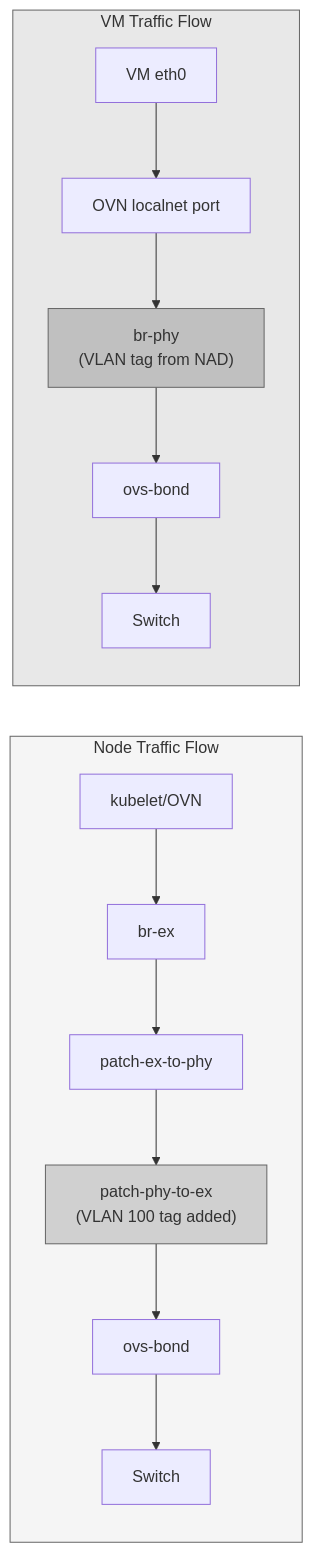
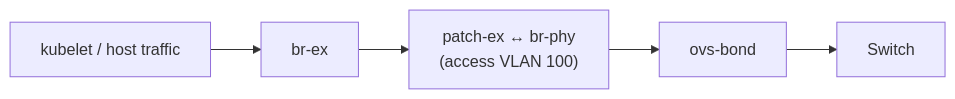
One commit to linuxelitebr/openshift-balance-slb changed the second of 8 diagrams in hcp-balance-slb/OPENSHIFT-VIRTUALIZATION-VMNET-BALANCE-SLB.md. Above: the diagram before and after it, drawn with Mermaid. The commit also changed other lines of this file, not shown here.

````diff
--- a/hcp-balance-slb/OPENSHIFT-VIRTUALIZATION-VMNET-BALANCE-SLB.md
+++ b/hcp-balance-slb/OPENSHIFT-VIRTUALIZATION-VMNET-BALANCE-SLB.md
@@ -103,19 +126,10 @@
 ```mermaid
 flowchart LR
-    subgraph NodeTraffic["Node Traffic Flow"]
-        N1["kubelet/OVN"] --> N2["br-ex"] --> N3["patch-ex-to-phy"]
-        N3 --> N4["patch-phy-to-ex<br/>(VLAN 100 tag added)"]
-        N4 --> N5["ovs-bond"] --> N6["Switch"]
-    end
-    
-    subgraph VMTraffic["VM Traffic Flow"]
-        V1["VM eth0"] --> V2["OVN localnet port"]
-        V2 --> V3["br-phy<br/>(VLAN tag from NAD)"]
-        V3 --> V4["ovs-bond"] --> V5["Switch"]
-    end
-    
-    style NodeTraffic fill:#f5f5f5,stroke:#666
-    style VMTraffic fill:#e8e8e8,stroke:#666
-    style N4 fill:#d0d0d0,stroke:#666
-    style V3 fill:#c0c0c0,stroke:#666
+    N1["kubelet / host traffic"]
+    N2["br-ex"]
+    N3["patch-ex ↔ br-phy<br/>(access VLAN 100)"]
+    N4["ovs-bond"]
+    N5["Switch"]
+
+    N1 --> N2 --> N3 --> N4 --> N5
 ```
````
